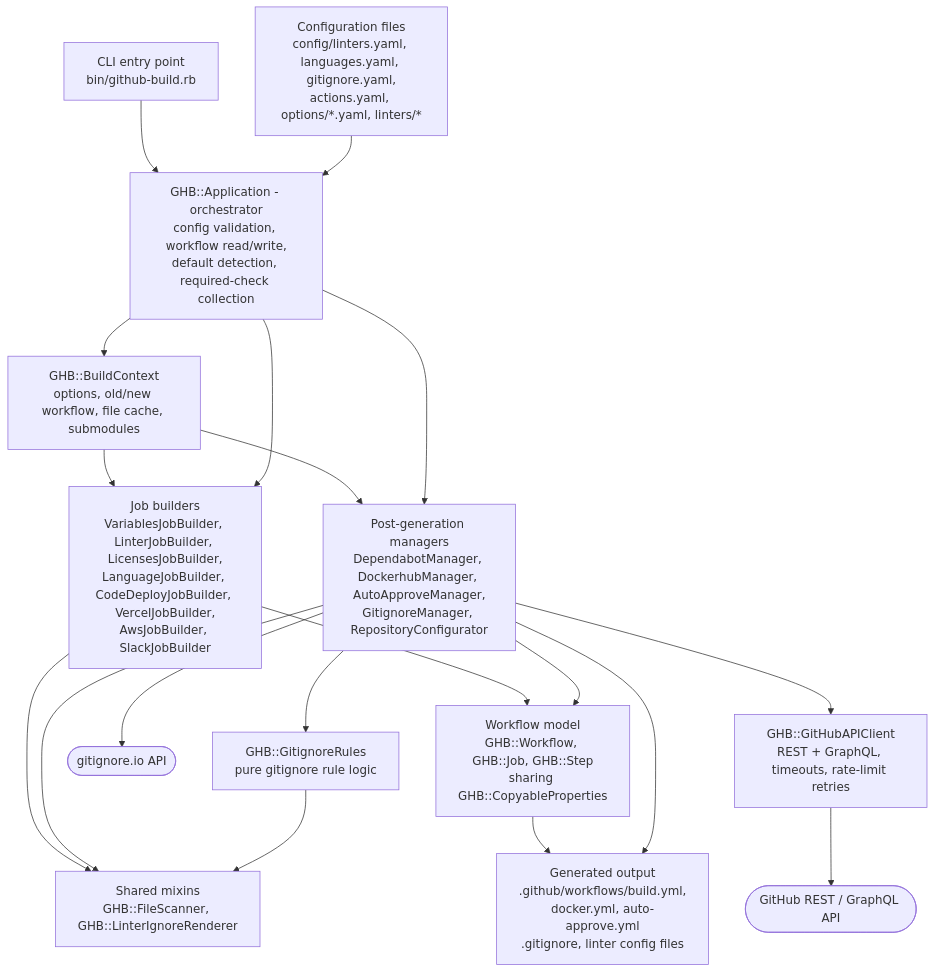
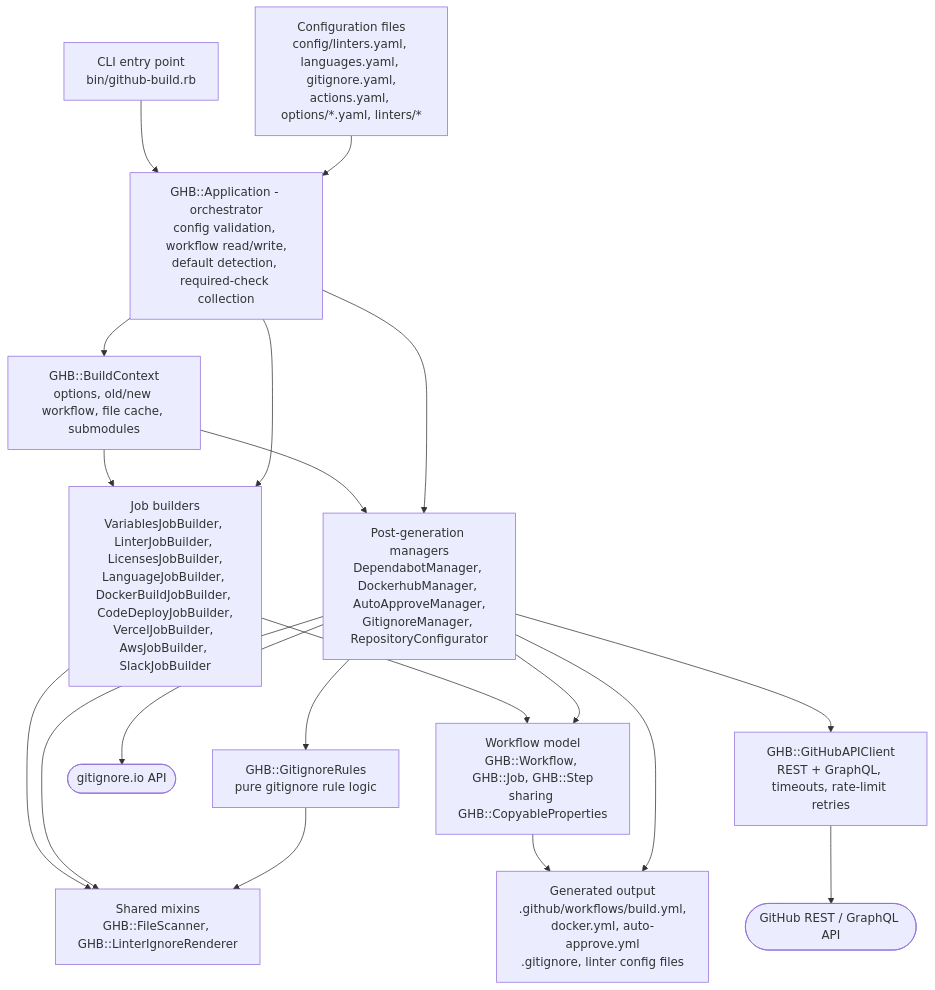
One commit to Cloud-Officer/github-build changed the diagram in docs/architecture.md. Above: the diagram before and after it, drawn with Mermaid. The commit also changed other lines of this file and 5 other files, not shown here.

Commit message:
Add required Docker Build checks for amd64 and arm64 to .dockerhub repositories (#571)

````diff
--- a/docs/architecture.md
+++ b/docs/architecture.md
@@ -13,22 +13,22 @@
 ```mermaid
 flowchart TD
     CLI["CLI entry point<br>bin/github-build.rb"] --> APP
     CFG["Configuration files<br>config/linters.yaml, languages.yaml, gitignore.yaml,<br>actions.yaml, options/*.yaml, linters/*"] --> APP
     APP["GHB::Application - orchestrator<br>config validation, workflow read/write,<br>default detection, required-check collection"]
     APP --> CTX["GHB::BuildContext<br>options, old/new workflow, file cache, submodules"]
     CTX --> BUILDERS
     CTX --> MANAGERS
-    APP --> BUILDERS["Job builders<br>VariablesJobBuilder, LinterJobBuilder, LicensesJobBuilder,<br>LanguageJobBuilder, CodeDeployJobBuilder, VercelJobBuilder,<br>AwsJobBuilder, SlackJobBuilder"]
+    APP --> BUILDERS["Job builders<br>VariablesJobBuilder, LinterJobBuilder, LicensesJobBuilder,<br>LanguageJobBuilder, DockerBuildJobBuilder, CodeDeployJobBuilder,<br>VercelJobBuilder, AwsJobBuilder, SlackJobBuilder"]
     APP --> MANAGERS["Post-generation managers<br>DependabotManager, DockerhubManager, AutoApproveManager,<br>GitignoreManager, RepositoryConfigurator"]
     BUILDERS --> MIXINS["Shared mixins<br>GHB::FileScanner, GHB::LinterIgnoreRenderer"]
     MANAGERS --> MIXINS
     MANAGERS --> RULES["GHB::GitignoreRules<br>pure gitignore rule logic"]
     RULES --> MIXINS
     MANAGERS --> API["GHB::GitHubAPIClient<br>REST + GraphQL, timeouts, rate-limit retries"]
     API --> GITHUB(["GitHub REST / GraphQL API"])
     MANAGERS --> GIO(["gitignore.io API"])
     BUILDERS --> MODEL["Workflow model<br>GHB::Workflow, GHB::Job, GHB::Step<br>sharing GHB::CopyableProperties"]
     MANAGERS --> MODEL
     MODEL --> OUT["Generated output<br>.github/workflows/build.yml,<br>docker.yml, auto-approve.yml<br>.gitignore, linter config files"]
     MANAGERS --> OUT
 ```
````
